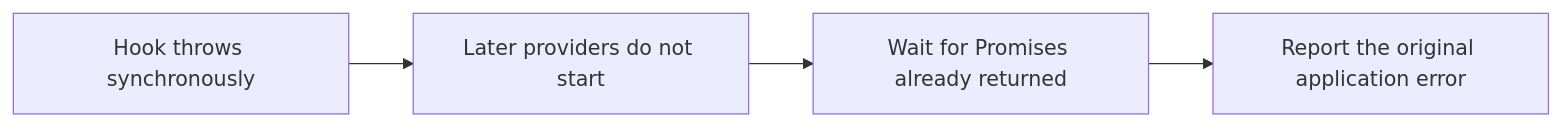
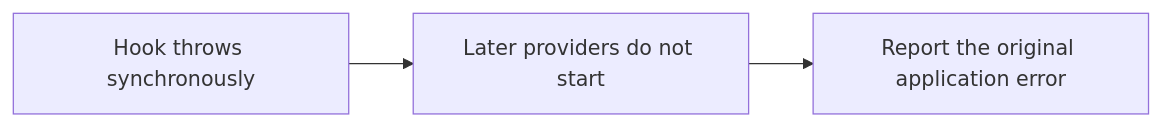
Before and after one commit to aurelia/aurelia: the third of 3 diagrams in docs/user-docs/components/lifecycle-diagrams.md, drawn with Mermaid. The commit also changed other lines of this file and 12 other files, not shown here.

````diff
--- a/docs/user-docs/components/lifecycle-diagrams.md
+++ b/docs/user-docs/components/lifecycle-diagrams.md
@@ -107,6 +107,5 @@
 ```mermaid
 flowchart LR
     A[Hook throws synchronously] --> B[Later providers do not start]
-    B --> C[Wait for Promises already returned]
-    C --> D[Report the original application error]
+    B --> C[Report the original application error]
 ```
````
